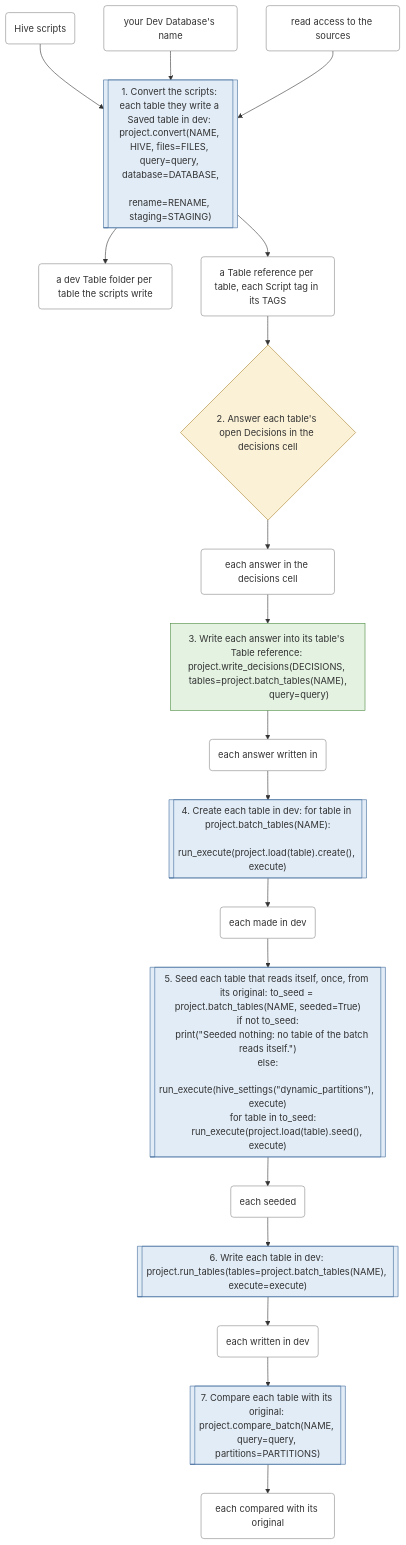
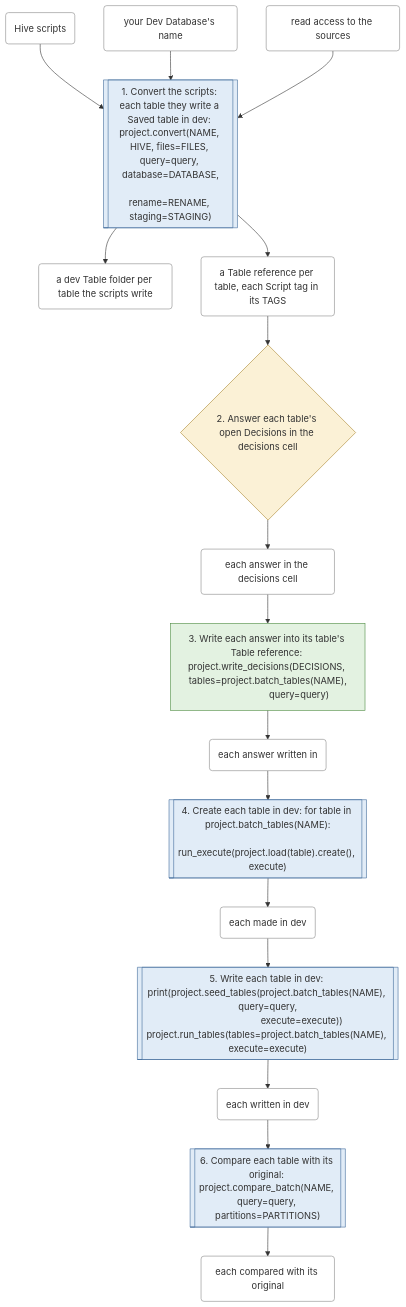
The first of 7 diagrams in docs/workflows.md (EdgyPage/SQL-Composer), drawn with Mermaid before and after one commit. The commit also changed other lines of this file and 44 other files, not shown here.

First line of the commit message:
feat(8.10): every History table seeded once before its first write, limited by {"months": N} (toolbox-8-10 ticket 05)

````diff
--- a/docs/workflows.md
+++ b/docs/workflows.md
@@ -43,51 +43,43 @@
 ```mermaid
 flowchart TD
     s0[["1. Convert the scripts: each table they write a Saved table in dev: project.convert(NAME, HIVE, files=FILES, query=query, database=DATABASE,
                 rename=RENAME, staging=STAGING)"]]:::warehouse_call
     s1{"2. Answer each table's open Decisions in the decisions cell"}:::your_decision
     s2["3. Write each answer into its table's Table reference: project.write_decisions(DECISIONS, tables=project.batch_tables(NAME),
                         query=query)"]:::files_only
     s3[["4. Create each table in dev: for table in project.batch_tables(NAME):
     run_execute(project.load(table).create(), execute)"]]:::warehouse_call
-    s4[["5. Seed each table that reads itself, once, from its original: to_seed = project.batch_tables(NAME, seeded=True)
-if not to_seed:
-    print(#quot;Seeded nothing: no table of the batch reads itself.#quot;)
-else:
-    run_execute(hive_settings(#quot;dynamic_partitions#quot;), execute)
-    for table in to_seed:
-        run_execute(project.load(table).seed(), execute)"]]:::warehouse_call
-    s5[["6. Write each table in dev: project.run_tables(tables=project.batch_tables(NAME), execute=execute)"]]:::warehouse_call
-    s6[["7. Compare each table with its original: project.compare_batch(NAME, query=query, partitions=PARTITIONS)"]]:::warehouse_call
+    s4[["5. Write each table in dev: print(project.seed_tables(project.batch_tables(NAME), query=query,
+                          execute=execute))
+project.run_tables(tables=project.batch_tables(NAME), execute=execute)"]]:::warehouse_call
+    s5[["6. Compare each table with its original: project.compare_batch(NAME, query=query, partitions=PARTITIONS)"]]:::warehouse_call
     t0("Hive scripts"):::thing
     t1("your Dev Database's name"):::thing
     t2("read access to the sources"):::thing
     t3("a dev Table folder per table the scripts write"):::thing
     t4("a Table reference per table, each Script tag in its TAGS"):::thing
     t5("each answer in the decisions cell"):::thing
     t6("each answer written in"):::thing
     t7("each made in dev"):::thing
-    t8("each seeded"):::thing
-    t9("each written in dev"):::thing
-    t10("each compared with its original"):::thing
+    t8("each written in dev"):::thing
+    t9("each compared with its original"):::thing
     t0 --> s0
     t1 --> s0
     t2 --> s0
     s0 --> t3
     s0 --> t4
     t4 --> s1
     s1 --> t5
     t5 --> s2
     s2 --> t6
     t6 --> s3
     s3 --> t7
     t7 --> s4
     s4 --> t8
     t8 --> s5
     s5 --> t9
-    t9 --> s6
-    s6 --> t10
     classDef files_only fill:#e3f2e1,stroke:#4a8a3f
     classDef warehouse_call fill:#e1ecf7,stroke:#3f6a9a
     classDef your_decision fill:#fbf1d6,stroke:#a8842a
     classDef thing fill:#ffffff,stroke:#888888
 ```
````
